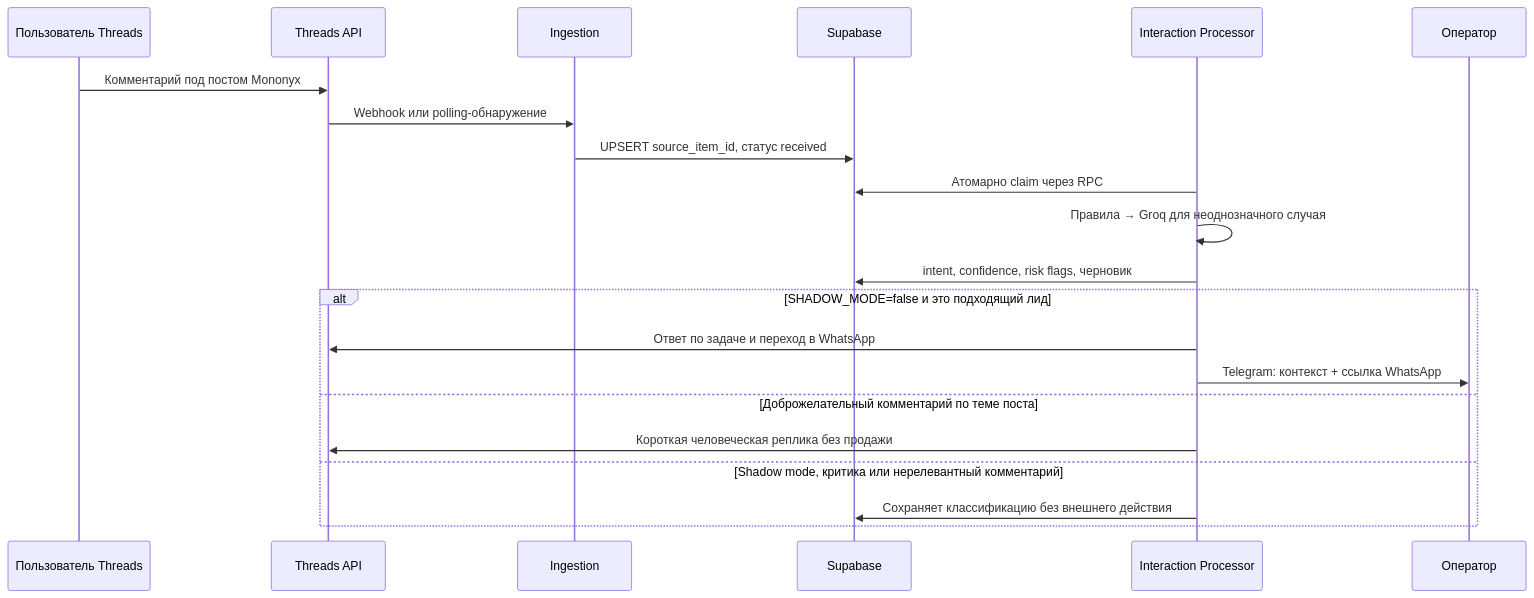
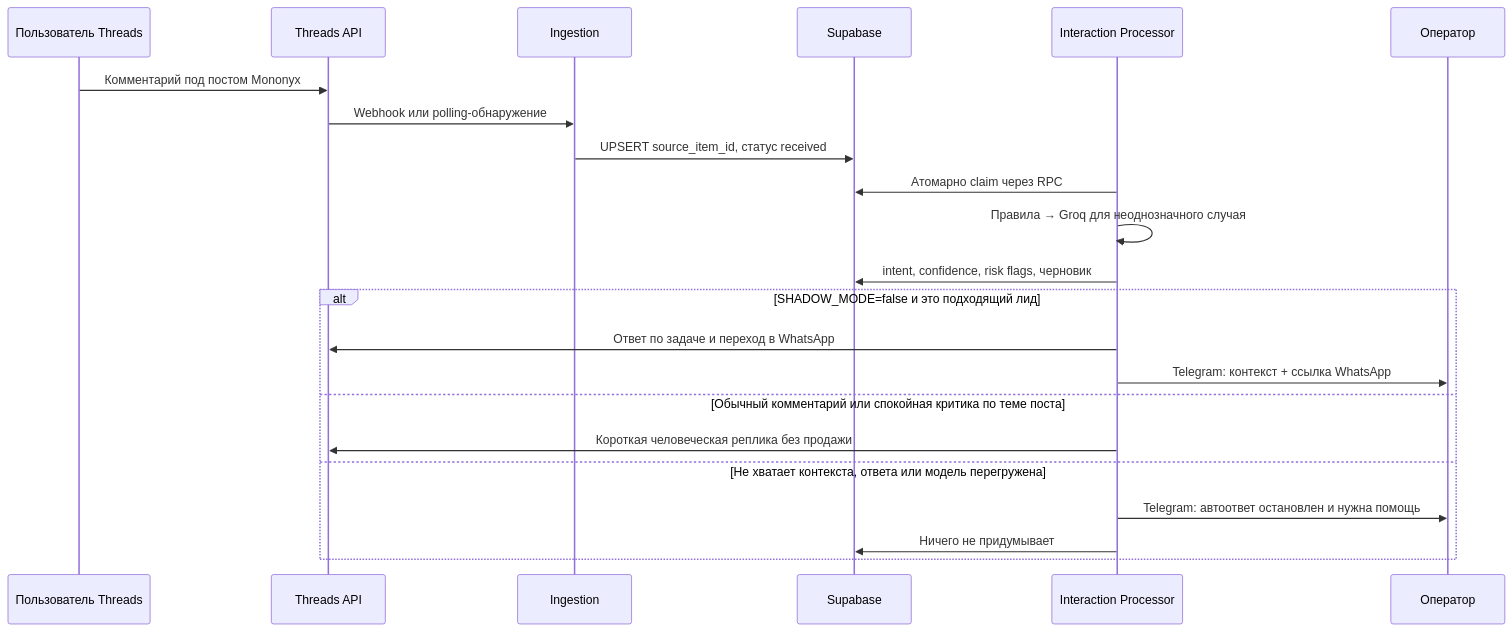
The second of 2 diagrams in README.md (4spanch1k/tredo-example), drawn with Mermaid before and after one commit. The commit also changed other lines of this file and 35 other files, not shown here.

````diff
--- a/README.md
+++ b/README.md
@@ -110,24 +110,25 @@
 ```mermaid
 sequenceDiagram
     participant U as Пользователь Threads
     participant T as Threads API
     participant I as Ingestion
     participant D as Supabase
     participant P as Interaction Processor
     participant O as Оператор
 
     U->>T: Комментарий под постом Mononyx
     T->>I: Webhook или polling-обнаружение
     I->>D: UPSERT source_item_id, статус received
     P->>D: Атомарно claim через RPC
     P->>P: Правила → Groq для неоднозначного случая
     P->>D: intent, confidence, risk flags, черновик
     alt SHADOW_MODE=false и это подходящий лид
         P->>T: Ответ по задаче и переход в WhatsApp
         P->>O: Telegram: контекст + ссылка WhatsApp
-    else Доброжелательный комментарий по теме поста
+    else Обычный комментарий или спокойная критика по теме поста
         P->>T: Короткая человеческая реплика без продажи
-    else Shadow mode, критика или нерелевантный комментарий
-        P->>D: Сохраняет классификацию без внешнего действия
+    else Не хватает контекста, ответа или модель перегружена
+        P->>O: Telegram: автоответ остановлен и нужна помощь
+        P->>D: Ничего не придумывает
     end
 ```
````
